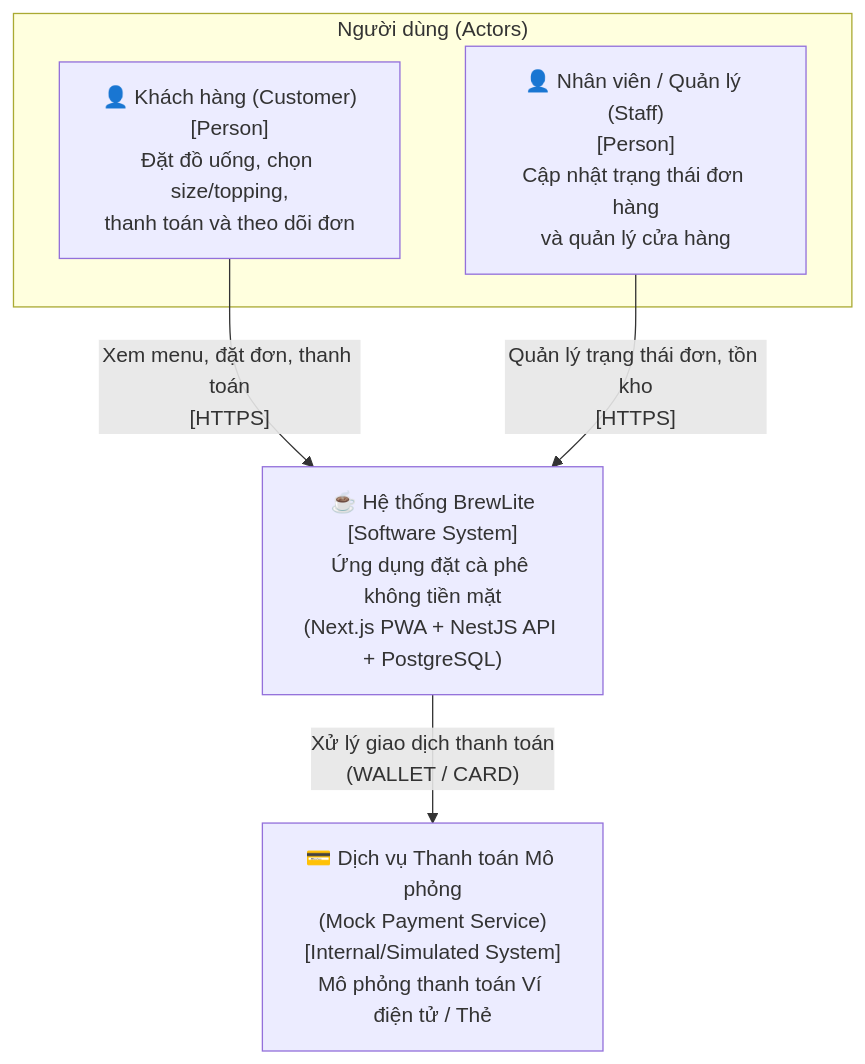
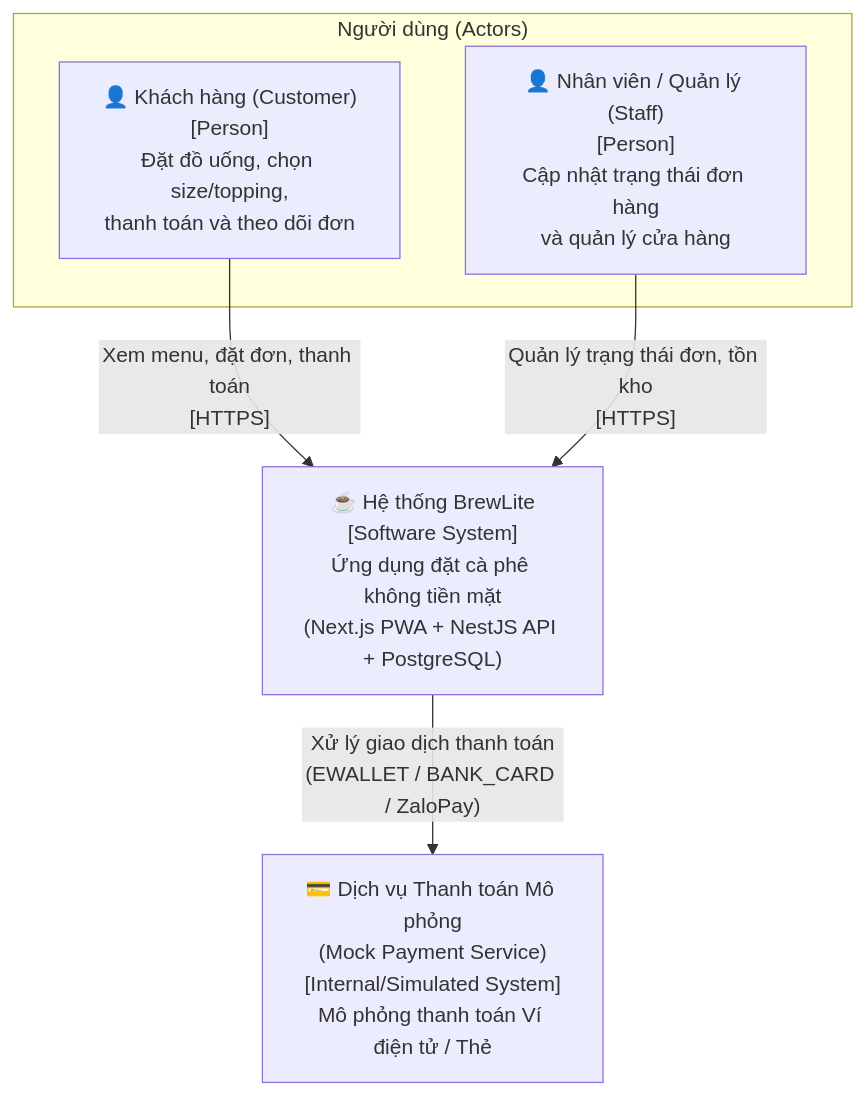
One commit to MaGiaVy/BrewLite_project changed the first of 2 diagrams in docs/architecture/architecture.md. Above: the diagram before and after it, drawn with Mermaid. The commit also changed other lines of this file and 28 other files, not shown here.

Commit message:
docs: sync architecture, SRS, diagrams, OpenAPI spec, and smoke scripts (Wave 3a)

````diff
--- a/docs/architecture/architecture.md
+++ b/docs/architecture/architecture.md
@@ -22,15 +22,15 @@
 ```mermaid
 flowchart TB
     subgraph Actors["Người dùng (Actors)"]
         Customer["👤 Khách hàng (Customer)<br/>[Person]<br/>Đặt đồ uống, chọn size/topping,<br/>thanh toán và theo dõi đơn"]
         Staff["👤 Nhân viên / Quản lý (Staff)<br/>[Person]<br/>Cập nhật trạng thái đơn hàng<br/>và quản lý cửa hàng"]
     end
 
     BrewLite["☕ Hệ thống BrewLite<br/>[Software System]<br/>Ứng dụng đặt cà phê không tiền mặt<br/>(Next.js PWA + NestJS API + PostgreSQL)"]
 
     MockPayment["💳 Dịch vụ Thanh toán Mô phỏng<br/>(Mock Payment Service)<br/>[Internal/Simulated System]<br/>Mô phỏng thanh toán Ví điện tử / Thẻ"]
 
     Customer -->|"Xem menu, đặt đơn, thanh toán<br/>[HTTPS]"| BrewLite
     Staff -->|"Quản lý trạng thái đơn, tồn kho<br/>[HTTPS]"| BrewLite
-    BrewLite -->|"Xử lý giao dịch thanh toán<br/>(WALLET / CARD)"| MockPayment
+    BrewLite -->|"Xử lý giao dịch thanh toán<br/>(EWALLET / BANK_CARD / ZaloPay)"| MockPayment
 ```
````
